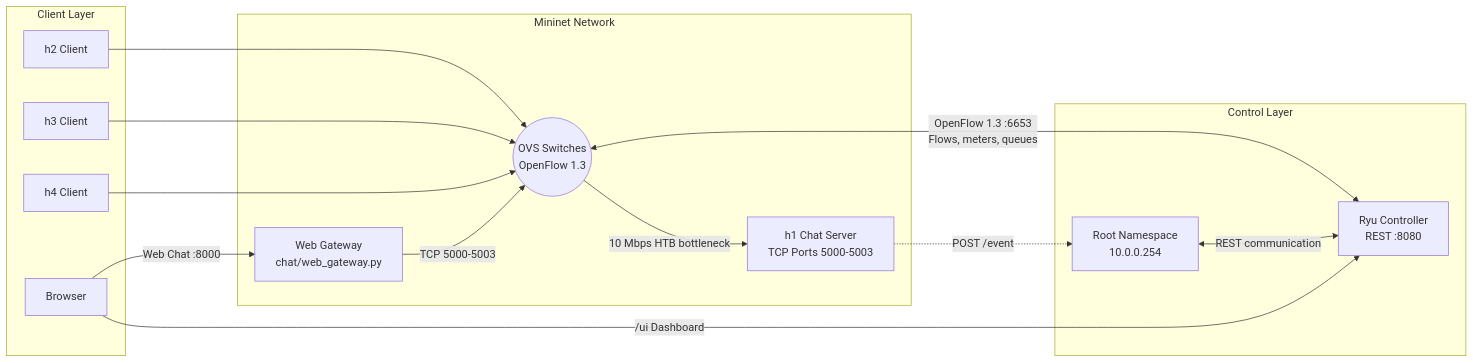
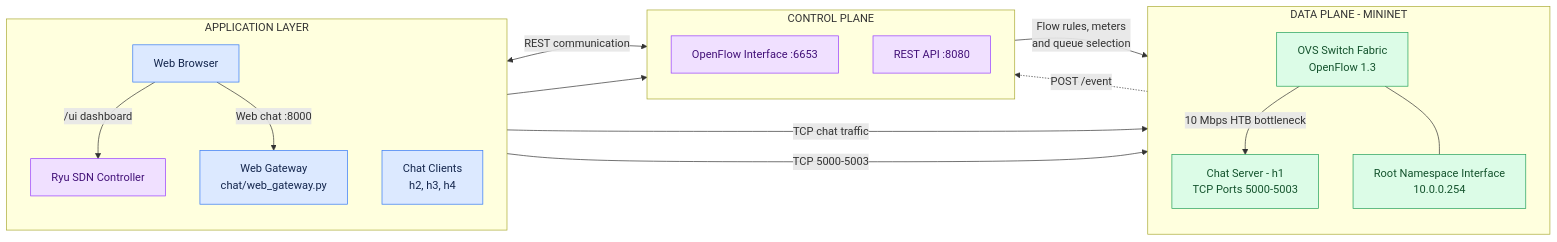
The first of 3 diagrams in docs/architecture.md (Keerthan-S-Kumar/CN-SDN-Multi-Client-Chat-Network-Mini-Project), drawn with Mermaid before and after one commit.

Commit message:
Redesign architecture diagram with three planes

````diff
--- a/docs/architecture.md
+++ b/docs/architecture.md
@@ -18,33 +18,47 @@
 ```mermaid
 flowchart LR
-    subgraph CLIENTS["Client Layer"]
-        H2["h2 Client"]
-        H3["h3 Client"]
-        H4["h4 Client"]
-        B["Browser"]
+
+    subgraph APP["APPLICATION LAYER"]
+        direction TB
+        WB["Web Browser"]
+        RYU["Ryu SDN Controller"]
+        CLIENTS["Chat Clients<br/>h2, h3, h4"]
+        GATEWAY["Web Gateway<br/>chat/web_gateway.py"]
+
+        WB -->|"/ui dashboard"| RYU
+        WB -->|"Web chat :8000"| GATEWAY
     end
 
-    subgraph NETWORK["Mininet Network"]
-        S(("OVS Switches<br/>OpenFlow 1.3"))
-        H1["h1 Chat Server<br/>TCP Ports 5000-5003"]
-        G["Web Gateway<br/>chat/web_gateway.py"]
+    subgraph DATA["DATA PLANE - MININET"]
+        direction TB
+        OVS["OVS Switch Fabric<br/>OpenFlow 1.3"]
+        SERVER["Chat Server - h1<br/>TCP Ports 5000-5003"]
+        ROOT["Root Namespace Interface<br/>10.0.0.254"]
 
-        H2 --> S
-        H3 --> S
-        H4 --> S
-        S -->|"10 Mbps HTB bottleneck"| H1
-        G -->|"TCP 5000-5003"| S
+        OVS -->|"10 Mbps HTB bottleneck"| SERVER
+        OVS --- ROOT
     end
 
-    subgraph CONTROL["Control Layer"]
-        R["Root Namespace<br/>10.0.0.254"]
-        C["Ryu Controller<br/>REST :8080"]
+    subgraph CONTROL["CONTROL PLANE"]
+        direction TB
+        OF["OpenFlow Interface :6653"]
+        REST["REST API :8080"]
     end
 
-    H1 -.->|"POST /event"| R
-    R <-->|"REST communication"| C
-    C <-->|"OpenFlow 1.3 :6653<br/>Flows, meters, queues"| S
+    CLIENTS -->|"TCP chat traffic"| OVS
+    GATEWAY -->|"TCP 5000-5003"| OVS
 
-    B -->|"/ui Dashboard"| C
-    B -->|"Web Chat :8000"| G
+    SERVER -.->|"POST /event"| REST
+    RYU <-->|"REST communication"| REST
+
+    RYU --> OF
+    OF -->|"Flow rules, meters<br/>and queue selection"| OVS
+
+    classDef app fill:#dce9ff,stroke:#3478f6,color:#14264d
+    classDef controller fill:#f0e0ff,stroke:#963cff,color:#421078
+    classDef network fill:#dcfce7,stroke:#22a05a,color:#14532d
+
+    class WB,CLIENTS,GATEWAY app
+    class RYU,OF,REST controller
+    class OVS,SERVER,ROOT network
 ```
````
